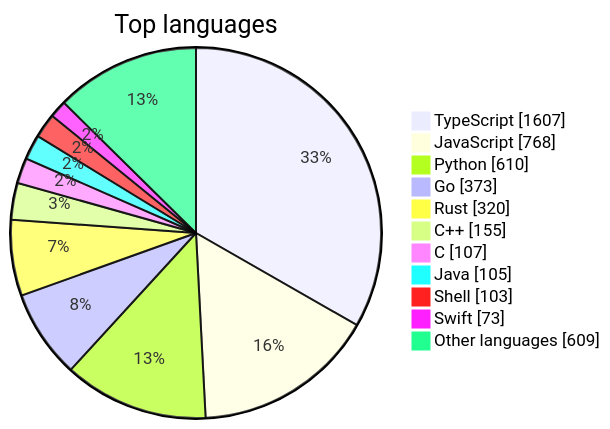
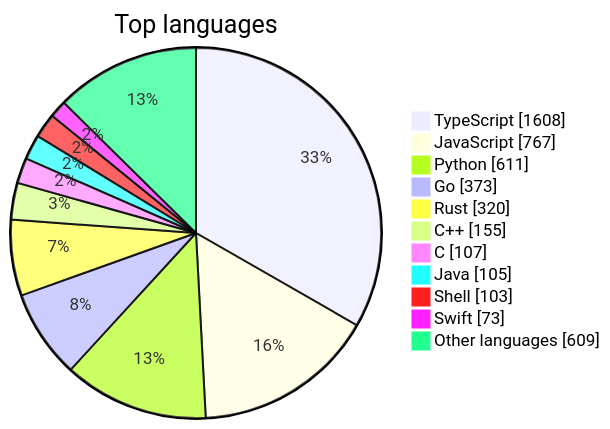
The first of 2 diagrams in README.md (maxgfr/awesome-stars), drawn with Mermaid before and after one commit. The commit also changed other lines of this file and 24 other files, not shown here.

````diff
--- a/README.md
+++ b/README.md
@@ -39,14 +39,14 @@
 ```mermaid
 pie showData title Top languages
-    "TypeScript" : 1607
-    "JavaScript" : 768
-    "Python" : 610
+    "TypeScript" : 1608
+    "JavaScript" : 767
+    "Python" : 611
     "Go" : 373
     "Rust" : 320
     "C++" : 155
     "C" : 107
     "Java" : 105
     "Shell" : 103
     "Swift" : 73
     "Other languages" : 609
 ```
````
